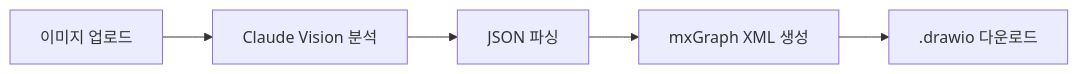
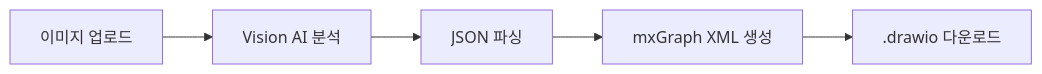
Before and after one commit to yeochul-jeon/event-storming-drawio: the diagram in README.md, drawn with Mermaid. The commit also changed other lines of this file and 8 other files, not shown here.

````diff
--- a/README.md
+++ b/README.md
@@ -21,7 +22,7 @@
 ```mermaid
 graph LR
-    A[이미지 업로드] --> B[Claude Vision 분석]
+    A[이미지 업로드] --> B[Vision AI 분석]
     B --> C[JSON 파싱]
     C --> D[mxGraph XML 생성]
     D --> E[.drawio 다운로드]
 ```
````
